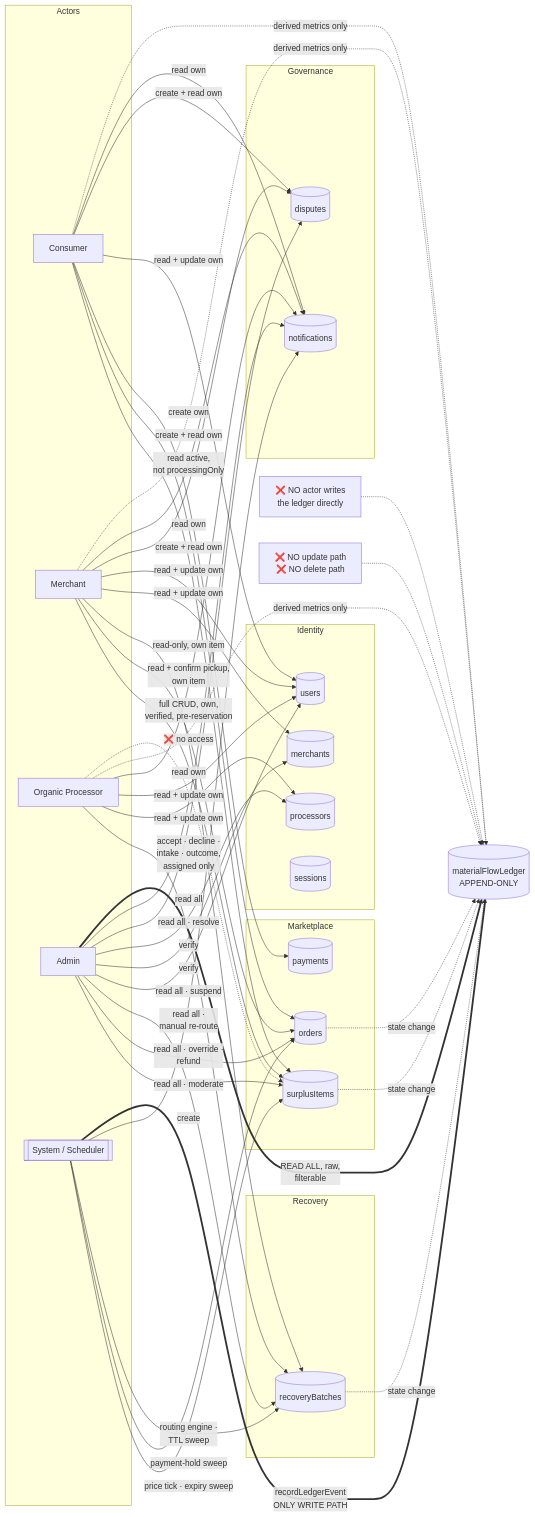
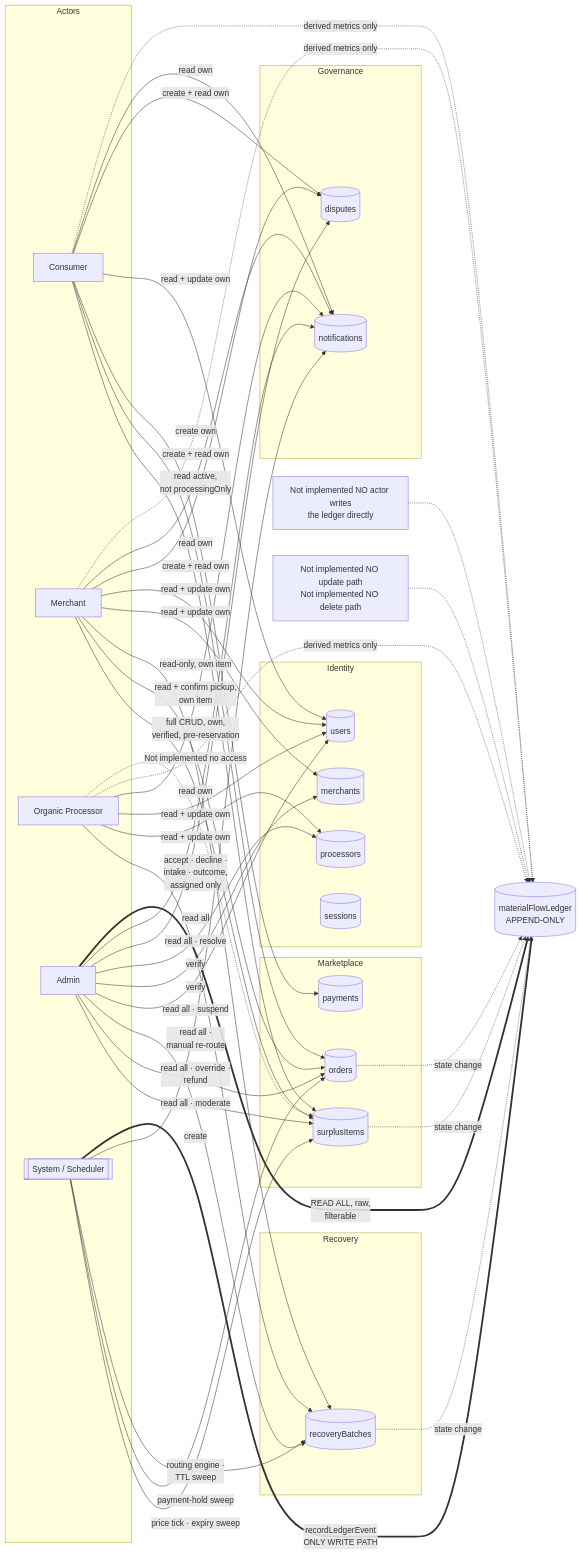
One commit to 201dev/cirquo changed the second of 2 diagrams in docs/spec/ROLES.md. Above: the diagram before and after it, drawn with Mermaid. The commit also changed other lines of this file and 56 other files, not shown here.

````diff
--- a/docs/spec/ROLES.md
+++ b/docs/spec/ROLES.md
@@ -1069,81 +1069,81 @@
 ```mermaid
 flowchart LR
     subgraph Actors
         C[Consumer]
         M[Merchant]
         P[Organic Processor]
         A[Admin]
         S[[System / Scheduler]]
     end
 
     subgraph Marketplace
         SI[(surplusItems)]
         OR[(orders)]
         PY[(payments)]
     end
 
     subgraph Recovery
         RB[(recoveryBatches)]
     end
 
     subgraph Identity
         US[(users)]
         ME[(merchants)]
         PR[(processors)]
         SE[(sessions)]
     end
 
     subgraph Governance
         DI[(disputes)]
         NO[(notifications)]
     end
 
     LG[(materialFlowLedger<br/>APPEND-ONLY)]
 
     C -->|read active,<br/>not processingOnly| SI
     C -->|create + read own| OR
     C -->|create own| PY
     C -->|read + update own| US
     C -->|create + read own| DI
     C -->|read own| NO
     C -.->|derived metrics only| LG
 
     M -->|full CRUD, own,<br/>verified, pre-reservation| SI
     M -->|read + confirm pickup,<br/>own item| OR
     M -->|read-only, own item| RB
     M -->|read + update own| ME
     M -->|read + update own| US
     M -->|create + read own| DI
     M -->|read own| NO
     M -.->|derived metrics only| LG
 
     P -->|accept · decline ·<br/>intake · outcome,<br/>assigned only| RB
     P -->|read + update own| PR
     P -->|read + update own| US
     P -->|read own| NO
     P -.->|derived metrics only| LG
-    P -.->|❌ no access| SI
+    P -.->|Not implemented no access| SI
 
     A -->|read all · moderate| SI
     A -->|read all · override ·<br/>refund| OR
     A -->|read all ·<br/>manual re-route| RB
     A -->|read all · suspend| US
     A -->|verify| ME
     A -->|verify| PR
     A -->|read all · resolve| DI
     A -->|read all| NO
     A ==>|READ ALL, raw,<br/>filterable| LG
 
     S -->|price tick · expiry sweep| SI
     S -->|payment-hold sweep| OR
     S -->|routing engine ·<br/>TTL sweep| RB
     S -->|create| NO
     S ==>|recordLedgerEvent<br/>ONLY WRITE PATH| LG
 
     SI -.->|state change| LG
     OR -.->|state change| LG
     RB -.->|state change| LG
 
-    X[❌ NO actor writes<br/>the ledger directly] -.-> LG
-    Y[❌ NO update path<br/>❌ NO delete path] -.-> LG
+    X[Not implemented NO actor writes<br/>the ledger directly] -.-> LG
+    Y[Not implemented NO update path<br/>Not implemented NO delete path] -.-> LG
 ```
````
